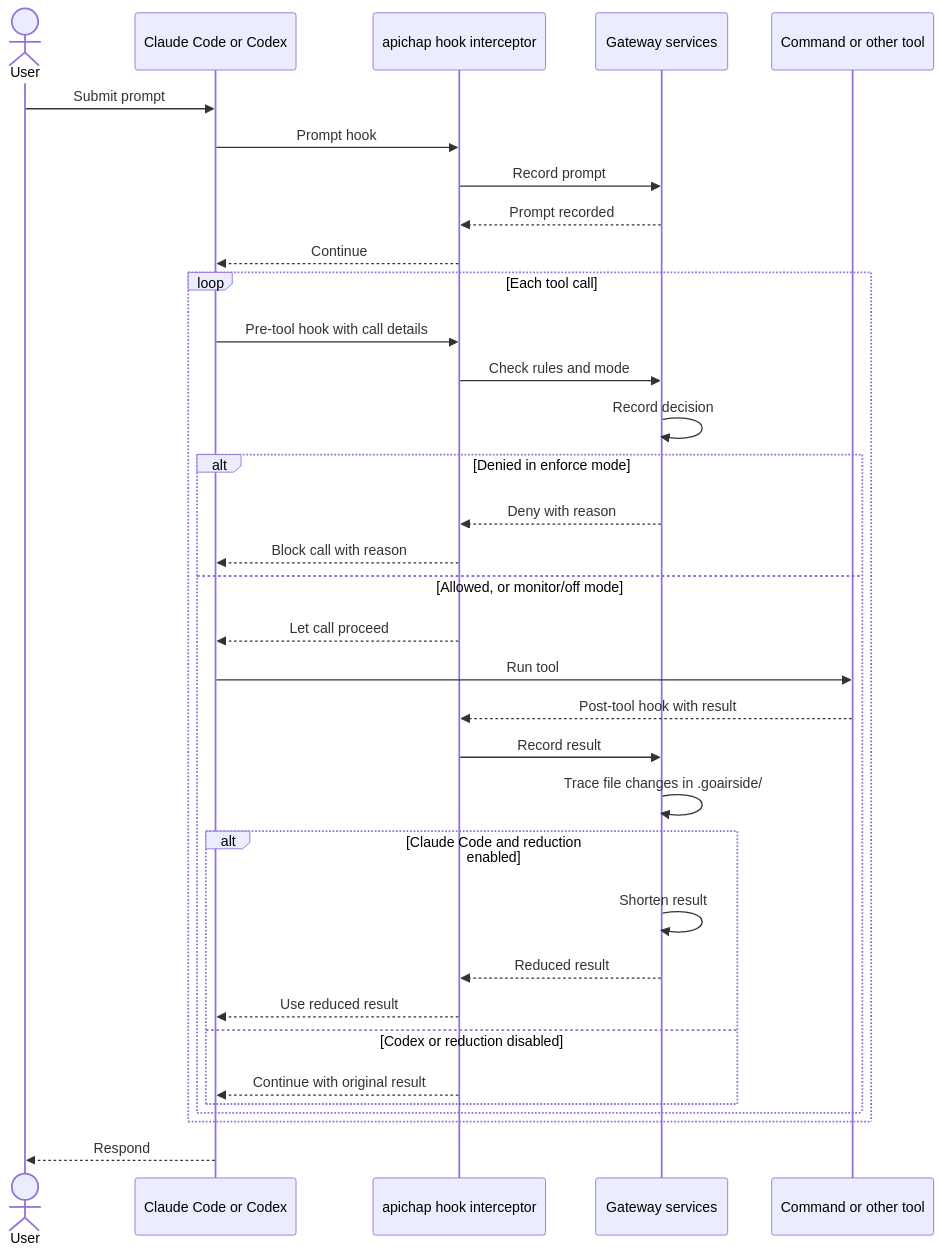
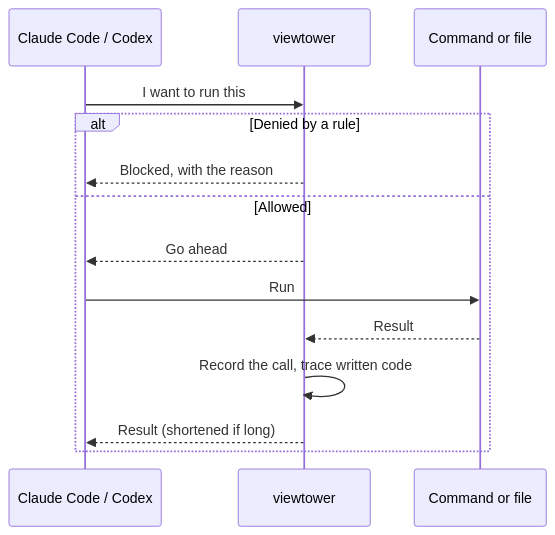
Before and after one commit to dommar04/ai-coding-gateway: the diagram in README.md, drawn with Mermaid. The commit also changed other lines of this file and 67 other files, not shown here.

````diff
--- a/README.md
+++ b/README.md
@@ -90,39 +115,17 @@
 ```mermaid
 sequenceDiagram
-    actor User
-    participant Agent as Claude Code or Codex
-    participant Hook as apichap hook interceptor
-    participant Gateway as Gateway services
-    participant Tool as Command or other tool
+    participant Agent as Claude Code / Codex
+    participant VT as viewtower
+    participant Tool as Command or file
 
-    User->>Agent: Submit prompt
-    Agent->>Hook: Prompt hook
-    Hook->>Gateway: Record prompt
-    Gateway-->>Hook: Prompt recorded
-    Hook-->>Agent: Continue
-
-    loop Each tool call
-        Agent->>Hook: Pre-tool hook with call details
-        Hook->>Gateway: Check rules and mode
-        Gateway->>Gateway: Record decision
-        alt Denied in enforce mode
-            Gateway-->>Hook: Deny with reason
-            Hook-->>Agent: Block call with reason
-        else Allowed, or monitor/off mode
-            Hook-->>Agent: Let call proceed
-            Agent->>Tool: Run tool
-            Tool-->>Hook: Post-tool hook with result
-            Hook->>Gateway: Record result
-            Gateway->>Gateway: Trace file changes in .goairside/
-            alt Claude Code and reduction enabled
-                Gateway->>Gateway: Shorten result
-                Gateway-->>Hook: Reduced result
-                Hook-->>Agent: Use reduced result
-            else Codex or reduction disabled
-                Hook-->>Agent: Continue with original result
-            end
-        end
+    Agent->>VT: I want to run this
+    alt Denied by a rule
+        VT-->>Agent: Blocked, with the reason
+    else Allowed
+        VT-->>Agent: Go ahead
+        Agent->>Tool: Run
+        Tool-->>VT: Result
+        VT->>VT: Record the call, trace written code
+        VT-->>Agent: Result (shortened if long)
     end
-
-    Agent-->>User: Respond
 ```
````
